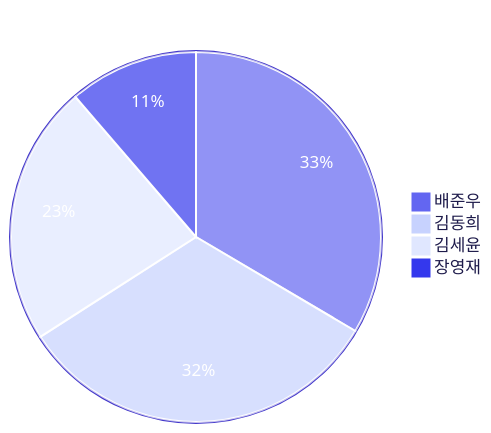
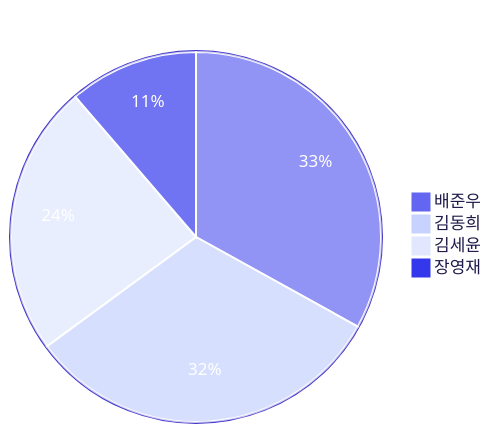
Before and after one commit to 3rd-project-team-1/ALYAC-market-team1: the third of 4 diagrams in README.md, drawn with Mermaid. The commit also changed other lines of this file, not shown here.

Commit message:
docs: 커밋 활동 차트 자동 업데이트 [skip ci]

````diff
--- a/README.md
+++ b/README.md
@@ -430,17 +430,17 @@
 ```mermaid
 %%{init: { 'theme': 'base', 'themeVariables': {
   'primaryColor': '#6366f1',
   'primaryTextColor': '#ffffff',
   'primaryBorderColor': '#4338ca',
   'secondaryColor': '#c7d2fe',
   'tertiaryColor': '#e0e7ff',
   'pieLegendTextColor': '#1e1b4b',
   'pieStrokeColor': '#ffffff',
   'pieOuterStrokeColor': '#4338ca'
 } } }%%
 pie title 기여자별 커밋 수
-  "배준우" : 225
-  "김동희" : 218
-  "김세윤" : 153
-  "장영재" : 76
+  "배준우" : 228
+  "김동희" : 220
+  "김세윤" : 164
+  "장영재" : 78
 ```
````
